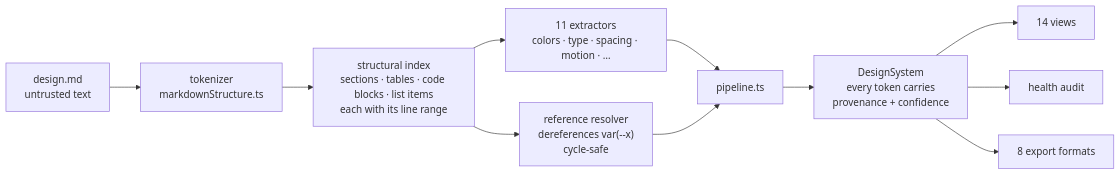
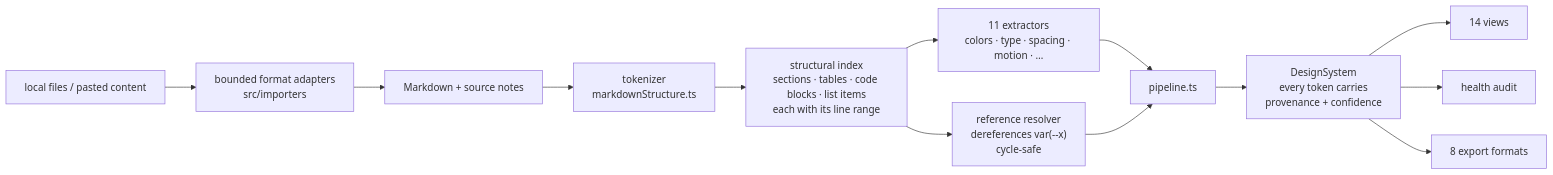
One commit to alebgl77/design-md-viewer changed the diagram in README.md. Above: the diagram before and after it, drawn with Mermaid. The commit also changed other lines of this file and 63 other files, not shown here.

Commit message:
feat: generate DESIGN.md from multiple local source formats

````diff
--- a/README.md
+++ b/README.md
@@ -143,13 +178,15 @@
 ```mermaid
 flowchart LR
-  MD["design.md<br/>untrusted text"] --> TOK["tokenizer<br/>markdownStructure.ts"]
+  INPUT["local files / pasted content"] --> ADAPT["bounded format adapters<br/>src/importers"]
+  ADAPT --> MD["Markdown + source notes"]
+  MD --> TOK["tokenizer<br/>markdownStructure.ts"]
   TOK --> IDX["structural index<br/>sections · tables · code blocks · list items<br/>each with its line range"]
   IDX --> EX["11 extractors<br/>colors · type · spacing · motion · …"]
   IDX --> RR["reference resolver<br/>dereferences var(--x)<br/>cycle-safe"]
   EX --> P["pipeline.ts"]
   RR --> P
   P --> DS["DesignSystem<br/>every token carries<br/>provenance + confidence"]
   DS --> V["14 views"]
   DS --> A["health audit"]
   DS --> E["8 export formats"]
 ```
````
